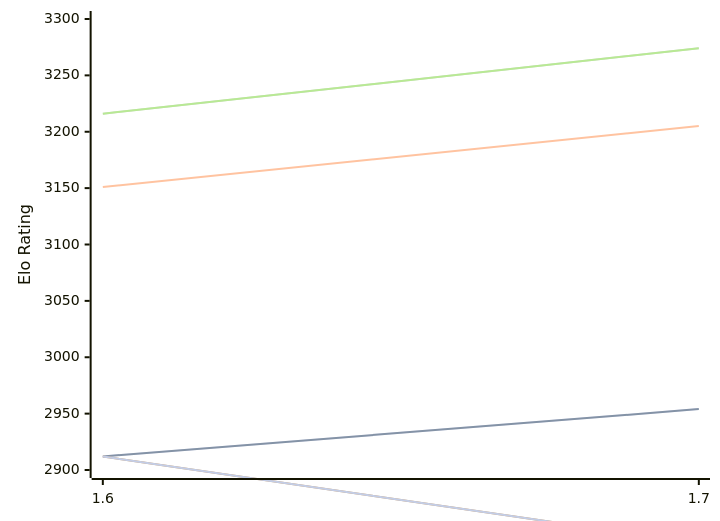
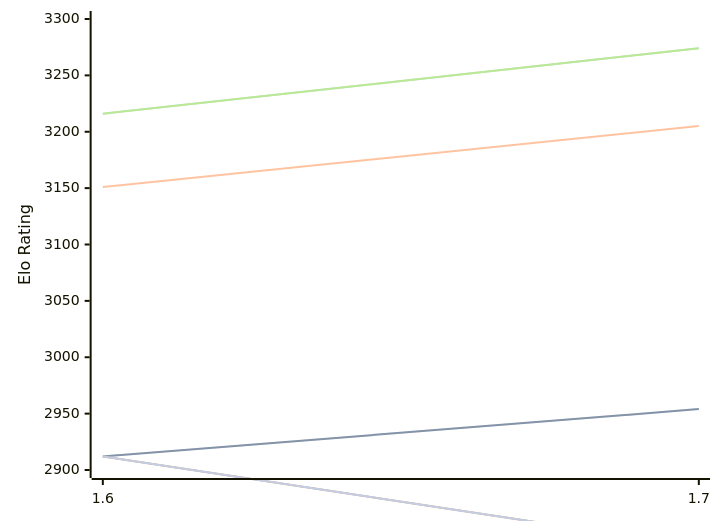
One commit to computer-chess-index/cci changed the diagram in engines/Bitbit.md. Above: the diagram before and after it, drawn with Mermaid. The commit also changed other lines of this file, not shown here.

````diff
--- a/engines/Bitbit.md
+++ b/engines/Bitbit.md
@@ -48,13 +48,13 @@
 ```mermaid
 %%{init: {"theme":"base","themeVariables":{"seriesColors:['#a3a3a3','#222221','#faa371']}}}%%
 xychart-beta
   x-axis ["1.6", "1.7"]
   y-axis "Elo Rating" 2900 --> 3300
   line "" [2912, 2954]
   line "T1: STC (8.0+0.08s)" [2912, 2954]
   line "T1: LTC (60.0+0.60s)" [3151, 3205]
   line "" [3216, 3274]
   line "T1: VLTC (2m24s+1.12s)" [3216, 3274]
-  line "" [2912,2835]
-  line "E1: STC (8.0+0.08s)" [2912,2835]
+  line "" [2912,2832]
+  line "E1: STC (8.0+0.08s)" [2912,2832]
 ```
````
